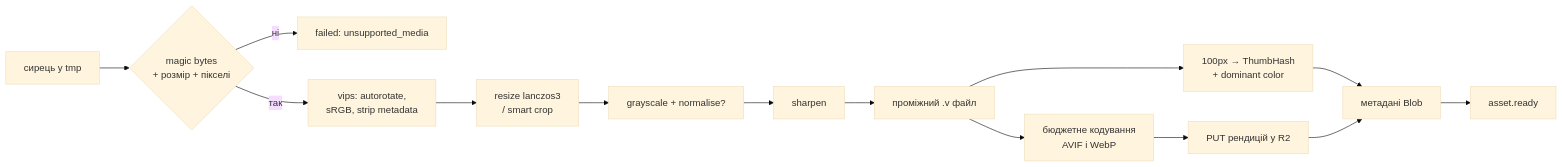
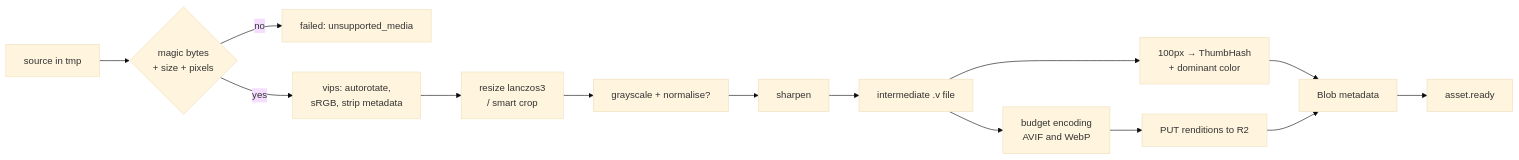
Before and after one commit to UdjinStolboviy/kadr-madia: the first of 2 diagrams in docs/PIPELINES.md, drawn with Mermaid (base theme). The commit also changed other lines of this file and 26 other files, not shown here.

````diff
--- a/docs/PIPELINES.md
+++ b/docs/PIPELINES.md
@@ -52,15 +52,15 @@
 ```mermaid
 flowchart LR
-  A[сирець у tmp] --> B{magic bytes<br/>+ розмір + пікселі}
-  B -- ні --> X[failed: unsupported_media]
-  B -- так --> C[vips: autorotate,<br/>sRGB, strip metadata]
+  A[source in tmp] --> B{magic bytes<br/>+ size + pixels}
+  B -- no --> X[failed: unsupported_media]
+  B -- yes --> C[vips: autorotate,<br/>sRGB, strip metadata]
   C --> D[resize lanczos3<br/>/ smart crop]
   D --> E[grayscale + normalise?]
   E --> F[sharpen]
-  F --> G[проміжний .v файл]
-  G --> H[бюджетне кодування<br/>AVIF і WebP]
+  F --> G[intermediate .v file]
+  G --> H[budget encoding<br/>AVIF and WebP]
   G --> I[100px → ThumbHash<br/>+ dominant color]
-  H --> J[PUT рендицій у R2]
-  I --> K[метадані Blob]
+  H --> J[PUT renditions to R2]
+  I --> K[Blob metadata]
   J --> K --> L[asset.ready]
 ```
````
